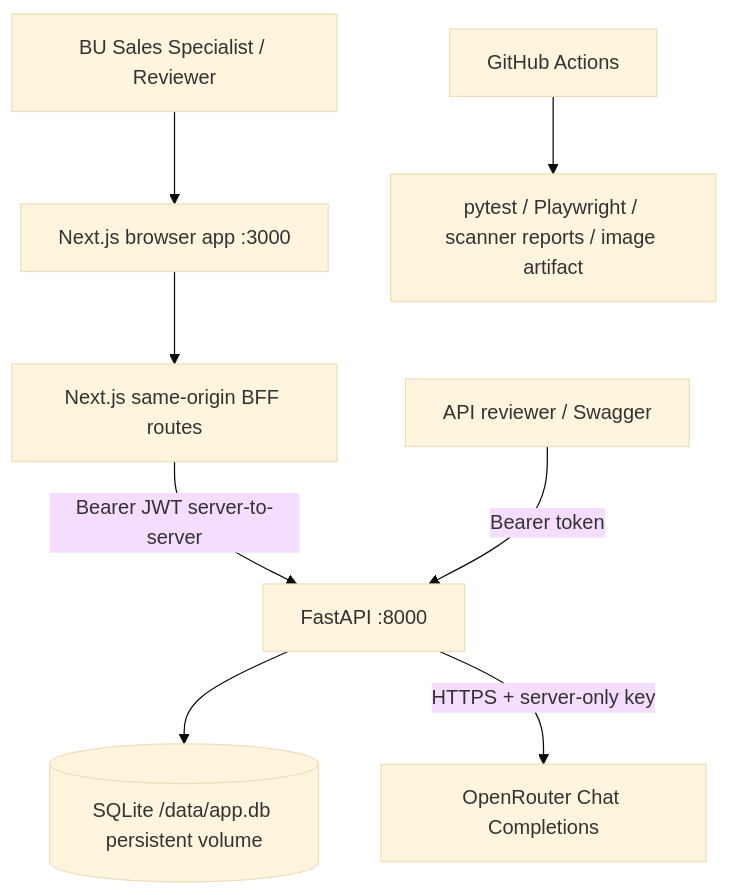
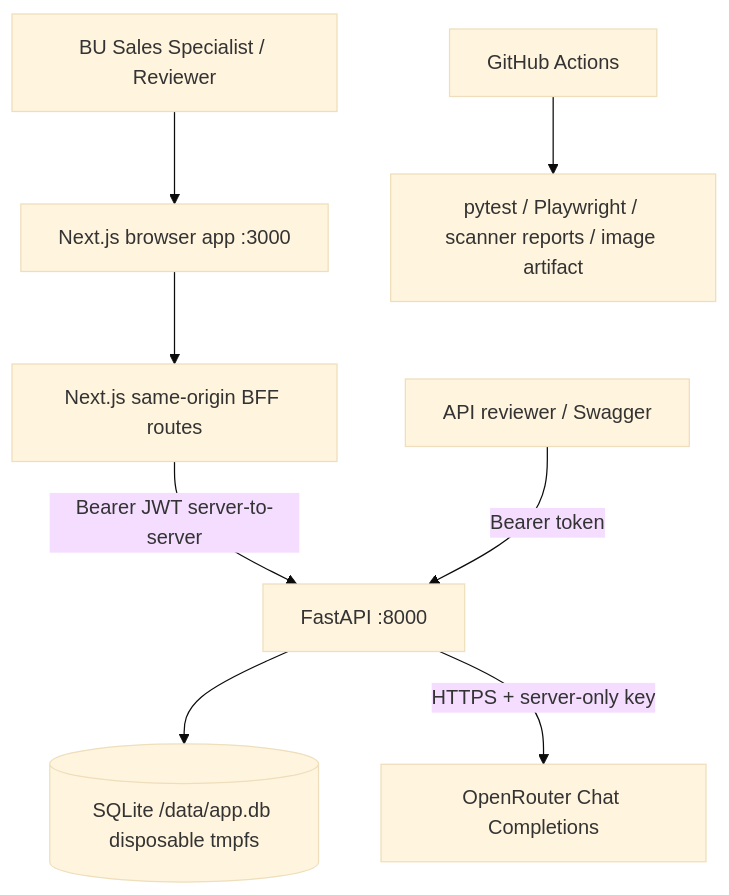
One commit to ArthurMinovsky/ai-sales-support-hub changed the diagram in docs/instructions/ARCHITECTURE.md. Above: the diagram before and after it, drawn with Mermaid (base theme). The commit also changed other lines of this file and 44 other files, not shown here.

````diff
--- a/docs/instructions/ARCHITECTURE.md
+++ b/docs/instructions/ARCHITECTURE.md
@@ -11,10 +11,10 @@
 ```mermaid
 flowchart TD
     U[BU Sales Specialist / Reviewer] --> W[Next.js browser app :3000]
     W --> B[Next.js same-origin BFF routes]
     B -->|Bearer JWT server-to-server| A[FastAPI :8000]
     R[API reviewer / Swagger] -->|Bearer token| A
-    A --> DB[(SQLite /data/app.db persistent volume)]
+    A --> DB[(SQLite /data/app.db disposable tmpfs)]
     A -->|HTTPS + server-only key| OR[OpenRouter Chat Completions]
     G[GitHub Actions] --> V[pytest / Playwright / scanner reports / image artifact]
 ```
````
